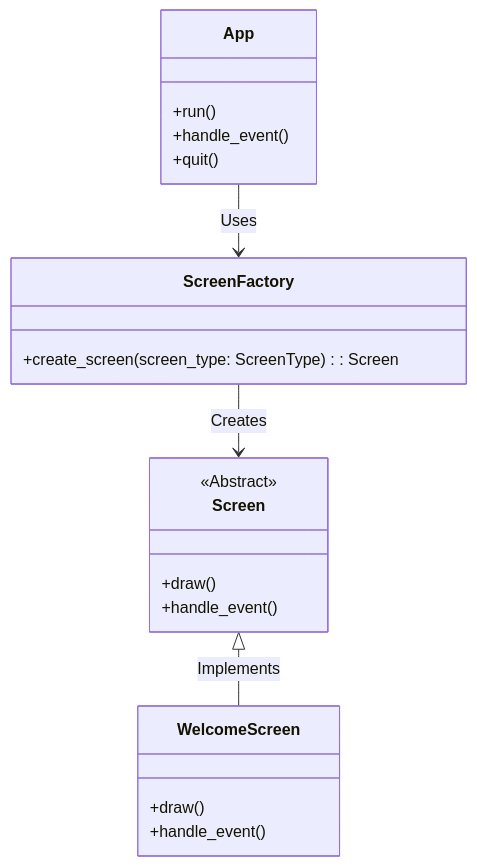
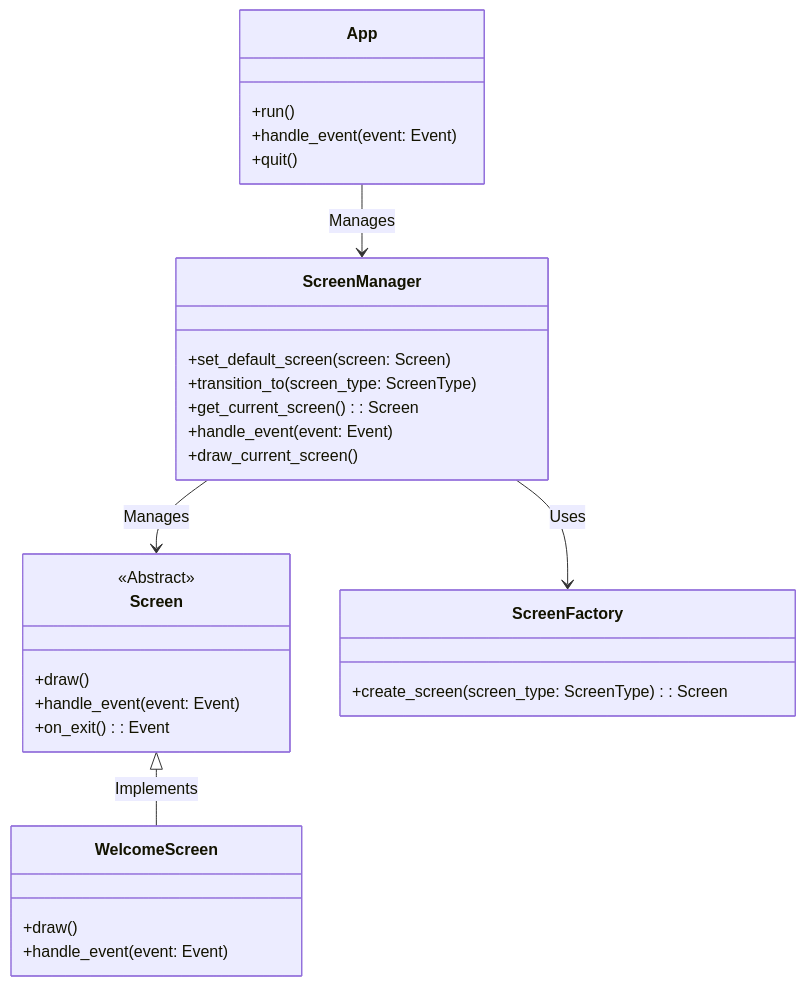
Before and after one commit to Phastboy/drawing: the first of 2 diagrams in README.md, drawn with Mermaid.

````diff
--- a/README.md
+++ b/README.md
@@ -4,28 +4,39 @@
 ``` mermaid
 classDiagram
     direction TB
     class App {
         +run()
-        +handle_event()
+        +handle_event(event: Event)
         +quit()
     }
 
     class Screen {
         <<Abstract>>
         +draw()
-        +handle_event()
+        +handle_event(event: Event)
+        +on_exit(): Event
     }
 
     class WelcomeScreen {
         +draw()
-        +handle_event()
+        +handle_event(event: Event)
+    }
+
+    class ScreenManager {
+        +set_default_screen(screen: Screen)
+        +transition_to(screen_type: ScreenType)
+        +get_current_screen(): Screen
+        +handle_event(event: Event)
+        +draw_current_screen()
     }
 
     class ScreenFactory {
         +create_screen(screen_type: ScreenType): Screen
     }
 
-    App --> ScreenFactory : Uses
-    ScreenFactory --> Screen : Creates
+    App --> ScreenManager : Manages
+    ScreenManager --> ScreenFactory : Uses
+    ScreenManager --> Screen : Manages
     Screen <|-- WelcomeScreen : Implements
+
 ```
````
